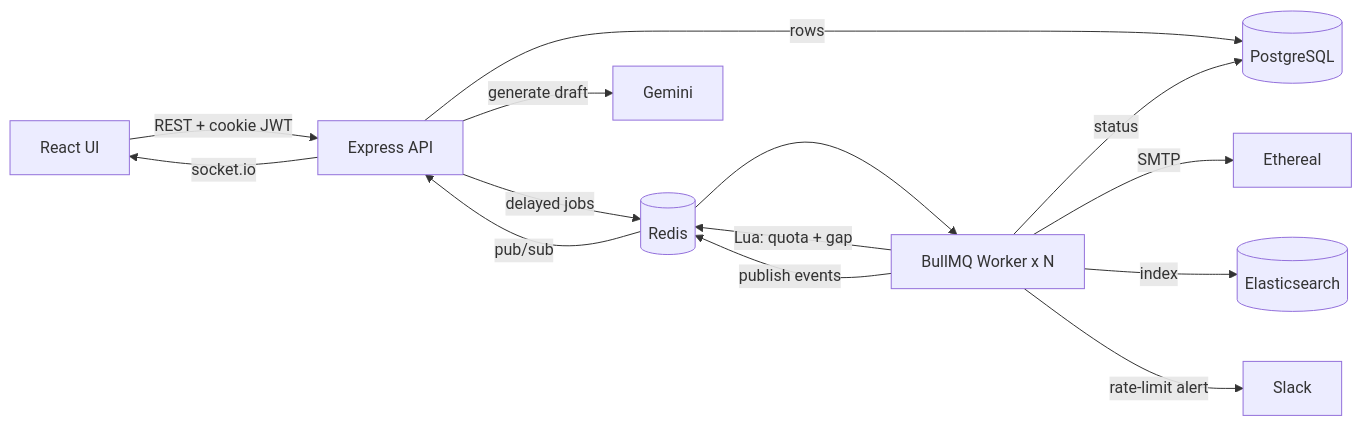
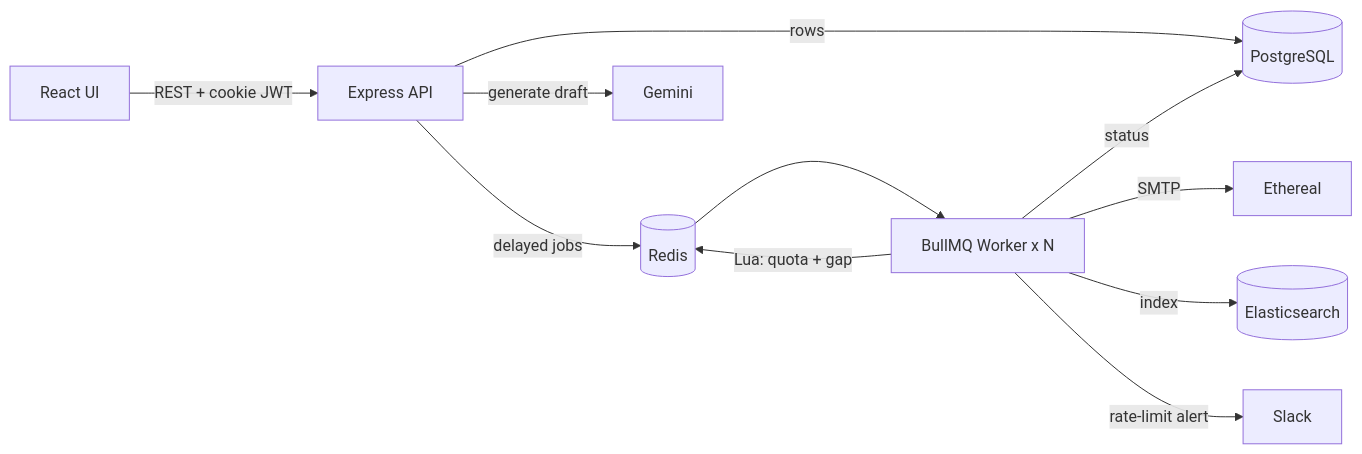
One commit to DhruvJyotiDas/Email-Job-Scheduler changed the first of 5 diagrams in README.md. Above: the diagram before and after it, drawn with Mermaid. The commit also changed other lines of this file and 7 other files, not shown here.

````diff
--- a/README.md
+++ b/README.md
@@ -61,16 +61,13 @@
 ```mermaid
 flowchart LR
   UI["React UI"] -->|"REST + cookie JWT"| API["Express API"]
   API -->|"rows"| PG[("PostgreSQL")]
   API -->|"delayed jobs"| R[("Redis")]
   R --> W["BullMQ Worker x N"]
   W -->|"Lua: quota + gap"| R
   W -->|"SMTP"| E["Ethereal"]
   W -->|"status"| PG
   W -->|"index"| ES[("Elasticsearch")]
   W -->|"rate-limit alert"| S["Slack"]
-  W -->|"publish events"| R
-  R -->|"pub/sub"| API
-  API -->|"socket.io"| UI
   API -->|"generate draft"| G["Gemini"]
 ```
````
